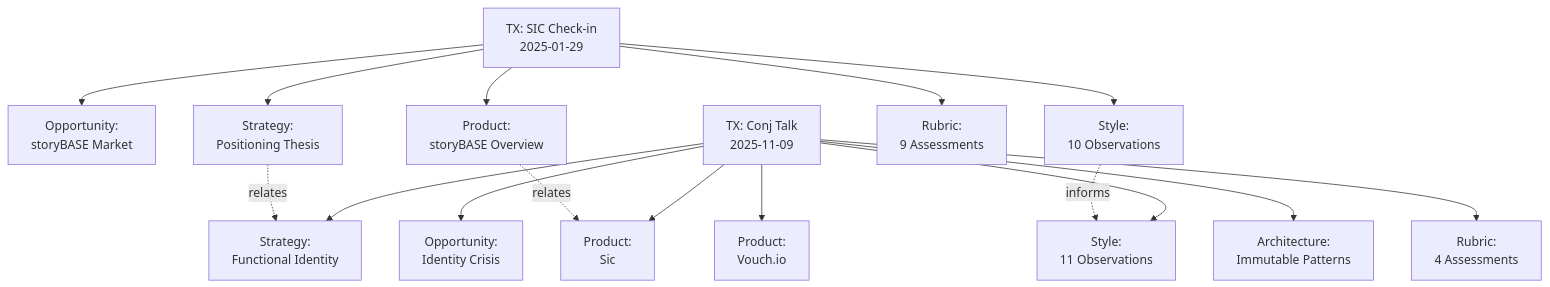
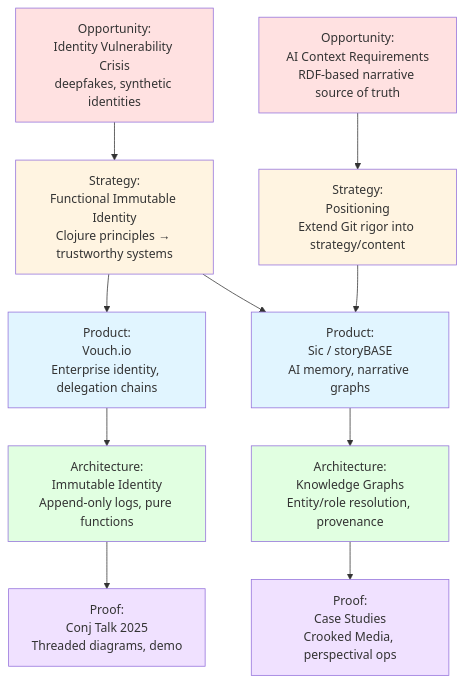
One commit to Synthetic-Identity-Co/conj-talk-2025 changed the third of 3 diagrams in README.md. Above: the diagram before and after it, drawn with Mermaid. The commit also changed other lines of this file, not shown here.

Commit message:
story:  147ca7b363e3584446bc3663c5ea83ab10c7ed26

````diff
--- a/README.md
+++ b/README.md
@@ -103,20 +257,41 @@
 ```mermaid
 graph TD
-    TX1[TX: SIC Check-in<br/>2025-01-29] --> OPP1[Opportunity:<br/>storyBASE Market]
-    TX1 --> STRAT1[Strategy:<br/>Positioning Thesis]
-    TX1 --> PROD1[Product:<br/>storyBASE Overview]
-    TX1 --> STYLE1[Style:<br/>10 Observations]
-    TX1 --> RUBRIC1[Rubric:<br/>9 Assessments]
+    OPP_ID[Opportunity:<br/>Identity Vulnerability Crisis<br/>deepfakes, synthetic identities]
+    OPP_AI[Opportunity:<br/>AI Context Requirements<br/>RDF-based narrative source of truth]
     
-    TX2[TX: Conj Talk<br/>2025-11-09] --> OPP2[Opportunity:<br/>Identity Crisis]
-    TX2 --> STRAT2[Strategy:<br/>Functional Identity]
-    TX2 --> PROD2A[Product:<br/>Vouch.io]
-    TX2 --> PROD2B[Product:<br/>Sic]
-    TX2 --> ARCH2[Architecture:<br/>Immutable Patterns]
-    TX2 --> STYLE2[Style:<br/>11 Observations]
-    TX2 --> RUBRIC2[Rubric:<br/>4 Assessments]
+    STRAT_FI[Strategy:<br/>Functional Immutable Identity<br/>Clojure principles → trustworthy systems]
+    STRAT_POS[Strategy:<br/>Positioning<br/>Extend Git rigor into strategy/content]
     
-    STRAT1 -.relates.-> STRAT2
-    PROD1 -.relates.-> PROD2B
-    STYLE1 -.informs.-> STYLE2
+    PROD_V[Product:<br/>Vouch.io<br/>Enterprise identity, delegation chains]
+    PROD_S[Product:<br/>Sic / storyBASE<br/>AI memory, narrative graphs]
+    
+    ARCH_IL[Architecture:<br/>Immutable Identity<br/>Append-only logs, pure functions]
+    ARCH_KG[Architecture:<br/>Knowledge Graphs<br/>Entity/role resolution, provenance]
+    
+    PROOF_CT[Proof:<br/>Conj Talk 2025<br/>Threaded diagrams, demo]
+    PROOF_CS[Proof:<br/>Case Studies<br/>Crooked Media, perspectival ops]
+    
+    OPP_ID --> STRAT_FI
+    OPP_AI --> STRAT_POS
+    
+    STRAT_FI --> PROD_V
+    STRAT_FI --> PROD_S
+    STRAT_POS --> PROD_S
+    
+    PROD_V --> ARCH_IL
+    PROD_S --> ARCH_KG
+    
+    ARCH_IL --> PROOF_CT
+    ARCH_KG --> PROOF_CS
+    
+    style OPP_ID fill:#ffe1e1
+    style OPP_AI fill:#ffe1e1
+    style STRAT_FI fill:#fff4e1
+    style STRAT_POS fill:#fff4e1
+    style PROD_V fill:#e1f5ff
+    style PROD_S fill:#e1f5ff
+    style ARCH_IL fill:#e1ffe1
+    style ARCH_KG fill:#e1ffe1
+    style PROOF_CT fill:#f0e1ff
+    style PROOF_CS fill:#f0e1ff
 ```
````
